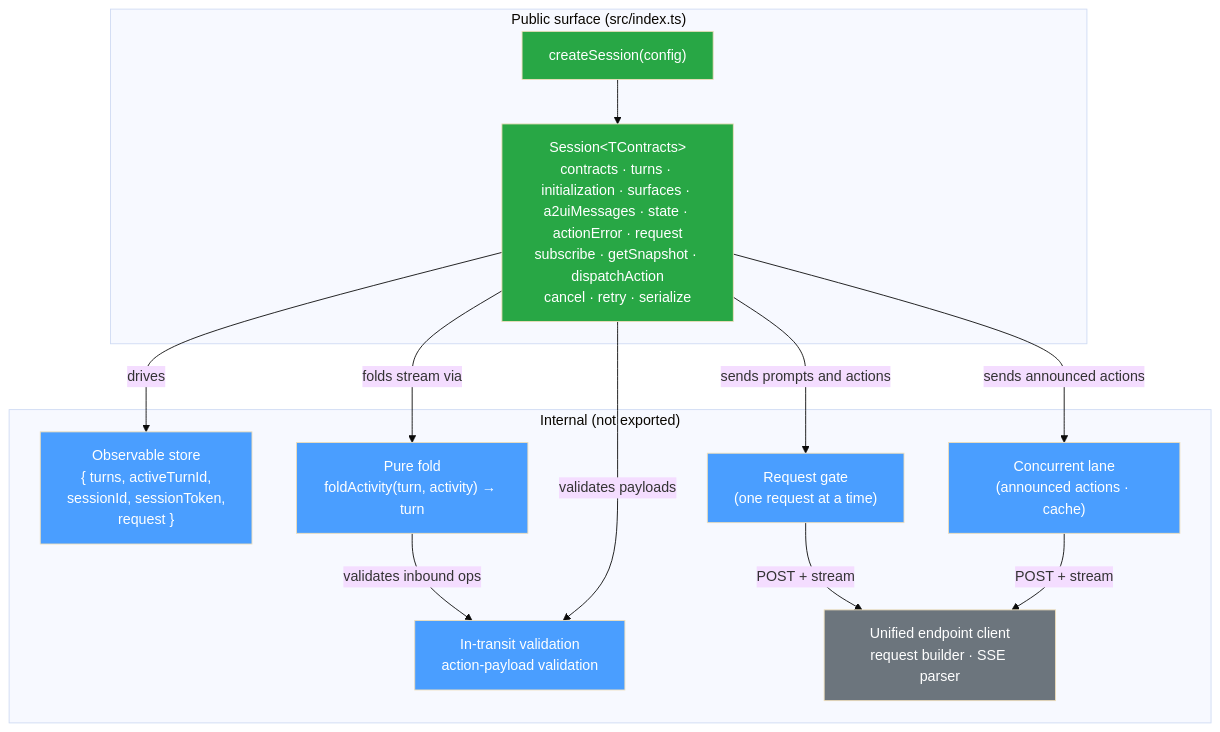
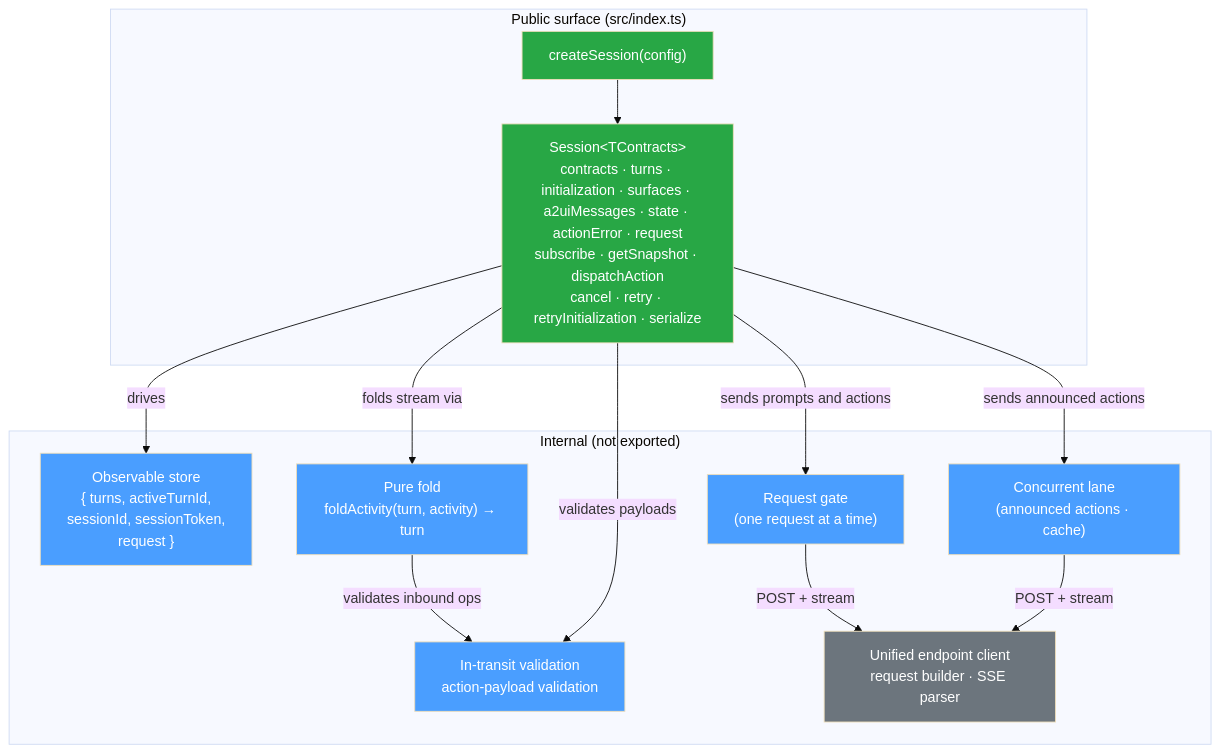
One commit to coveo/ui-kit changed the first of 2 diagrams in packages/thermidor/docs/architecture.md. Above: the diagram before and after it, drawn with Mermaid (base theme). The commit also changed other lines of this file and 6 other files, not shown here.

````diff
--- a/packages/thermidor/docs/architecture.md
+++ b/packages/thermidor/docs/architecture.md
@@ -19,35 +19,35 @@
 ```mermaid
 graph TB
     subgraph "Public surface (src/index.ts)"
         CS["createSession(config)"]
-        SESSION["Session&lt;TContracts&gt;<br/>contracts · turns · initialization · surfaces · a2uiMessages · state · actionError · request<br/>subscribe · getSnapshot · dispatchAction<br/>cancel · retry · serialize"]
+        SESSION["Session&lt;TContracts&gt;<br/>contracts · turns · initialization · surfaces · a2uiMessages · state · actionError · request<br/>subscribe · getSnapshot · dispatchAction<br/>cancel · retry · retryInitialization · serialize"]
     end
 
     subgraph "Internal (not exported)"
         STORE["Observable store<br/>{ turns, activeTurnId,<br/>sessionId, sessionToken,<br/>request }"]
         FOLD["Pure fold<br/>foldActivity(turn, activity) → turn"]
         VALID["In-transit validation<br/>action-payload validation"]
         GATE["Request gate<br/>(one request at a time)"]
         LANE["Concurrent lane<br/>(announced actions · cache)"]
         API["Unified endpoint client<br/>request builder · SSE parser"]
     end
 
     CS --> SESSION
     SESSION -->|drives| STORE
     SESSION -->|folds stream via| FOLD
     FOLD -->|validates inbound ops| VALID
     SESSION -->|validates payloads| VALID
     SESSION -->|sends prompts and actions| GATE
     GATE -->|POST + stream| API
     SESSION -->|sends announced actions| LANE
     LANE -->|POST + stream| API
 
     style CS fill:#28a745,color:#fff
     style SESSION fill:#28a745,color:#fff
     style STORE fill:#4a9eff,color:#fff
     style FOLD fill:#4a9eff,color:#fff
     style VALID fill:#4a9eff,color:#fff
     style GATE fill:#4a9eff,color:#fff
     style LANE fill:#4a9eff,color:#fff
     style API fill:#6c757d,color:#fff
 ```
````
